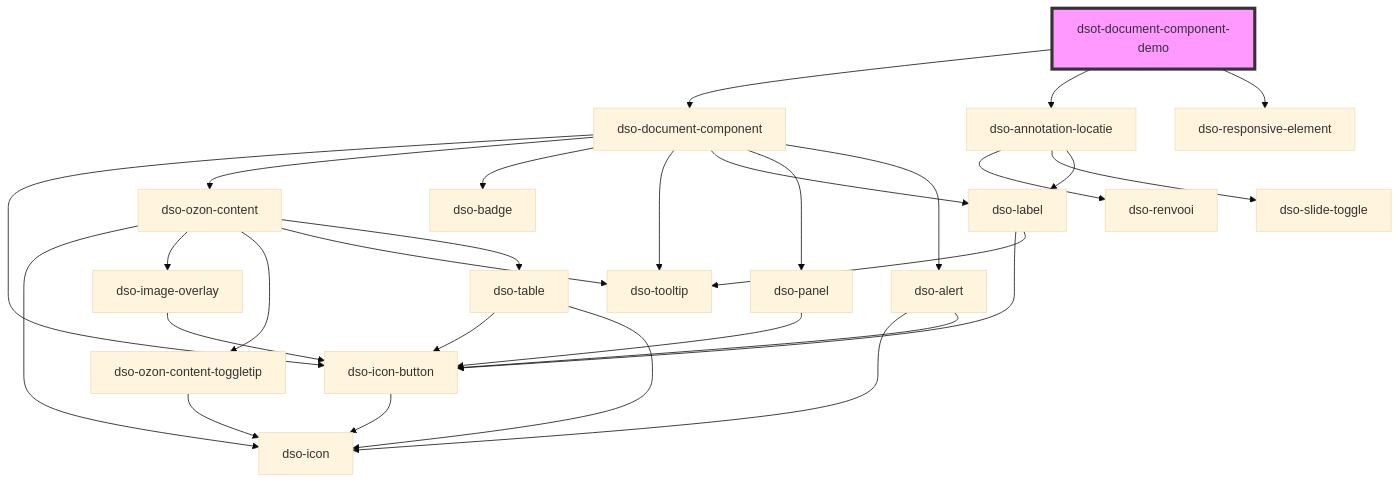
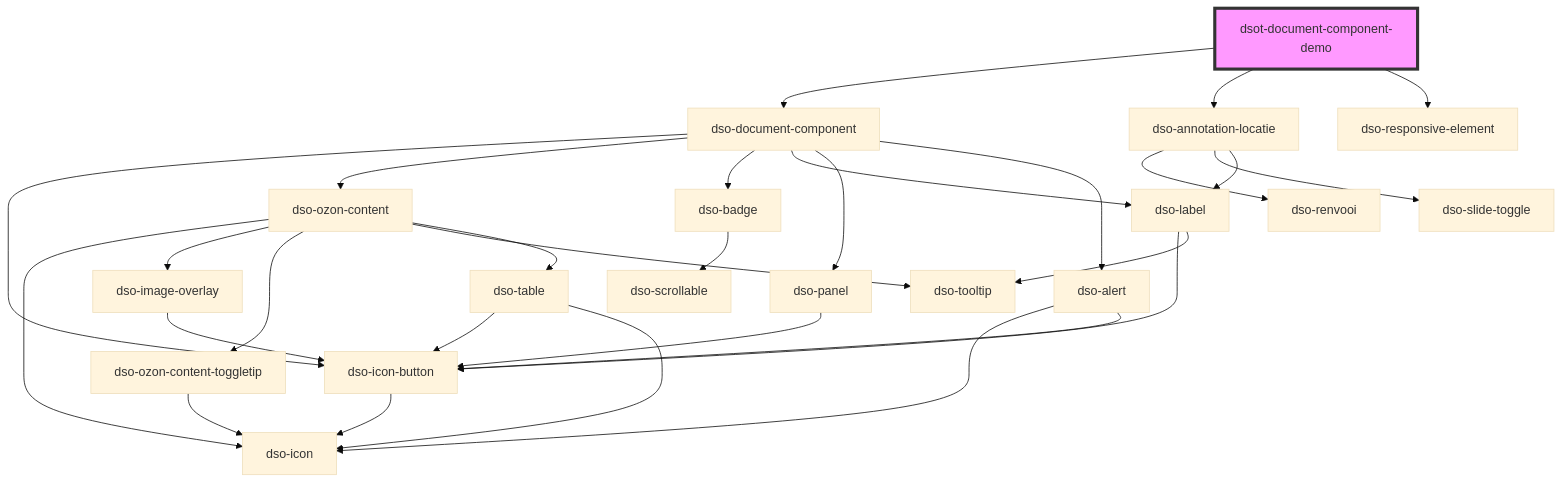
One commit to dso-toolkit/dso-toolkit changed the diagram in packages/core/src/components/document-component-demo/readme.md. Above: the diagram before and after it, drawn with Mermaid (base theme). The commit also changed 37 other files, not shown here.

````diff
--- a/packages/core/src/components/document-component-demo/readme.md
+++ b/packages/core/src/components/document-component-demo/readme.md
@@ -38,32 +38,32 @@
 ```mermaid
 graph TD;
   dsot-document-component-demo --> dso-document-component
   dsot-document-component-demo --> dso-annotation-locatie
   dsot-document-component-demo --> dso-responsive-element
   dso-document-component --> dso-icon-button
   dso-document-component --> dso-ozon-content
   dso-document-component --> dso-badge
-  dso-document-component --> dso-tooltip
   dso-document-component --> dso-label
   dso-document-component --> dso-panel
   dso-document-component --> dso-alert
   dso-icon-button --> dso-icon
   dso-ozon-content --> dso-icon
   dso-ozon-content --> dso-image-overlay
   dso-ozon-content --> dso-ozon-content-toggletip
   dso-ozon-content --> dso-tooltip
   dso-ozon-content --> dso-table
   dso-image-overlay --> dso-icon-button
   dso-ozon-content-toggletip --> dso-icon
   dso-table --> dso-icon-button
   dso-table --> dso-icon
+  dso-badge --> dso-scrollable
   dso-label --> dso-icon-button
   dso-label --> dso-tooltip
   dso-panel --> dso-icon-button
   dso-alert --> dso-icon
   dso-alert --> dso-icon-button
   dso-annotation-locatie --> dso-renvooi
   dso-annotation-locatie --> dso-slide-toggle
   dso-annotation-locatie --> dso-label
   style dsot-document-component-demo fill:#f9f,stroke:#333,stroke-width:4px
 ```
````
